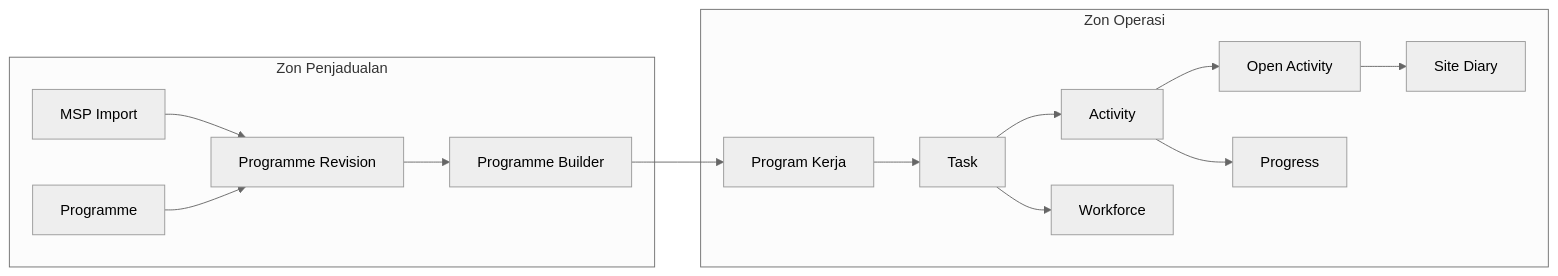
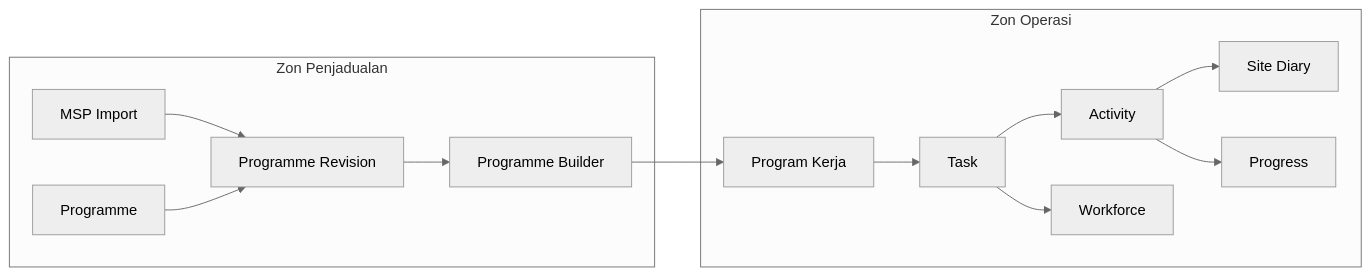
One commit to jenggon/jkr-site-diary changed the diagram in docs/11_Architecture_Diagrams/AD-001-Domain-Map.md. Above: the diagram before and after it, drawn with Mermaid (neutral theme). The commit also changed 12 other files, not shown here.

Commit message:
refactor(architecture): align activity lifecycle and simplify domain model

````diff
--- a/docs/11_Architecture_Diagrams/AD-001-Domain-Map.md
+++ b/docs/11_Architecture_Diagrams/AD-001-Domain-Map.md
@@ -11,32 +11,30 @@
 ```mermaid
 flowchart LR
 
 subgraph ZP["Zon Penjadualan"]
     P[Programme]
     PR[Programme Revision]
     MSP[MSP Import]
     PB[Programme Builder]
 end
 
 subgraph ZO["Zon Operasi"]
     PK[Program Kerja]
     T[Task]
     A[Activity]
-    OA[Open Activity]
     SD[Site Diary]
     PG[Progress]
     WF[Workforce]
 end
 
 MSP --> PR
 P --> PR
 PR --> PB
 PB --> PK
 
 PK --> T
 T --> A
-A --> OA
-OA --> SD
+A --> SD
 A --> PG
 T --> WF
 ```
````
